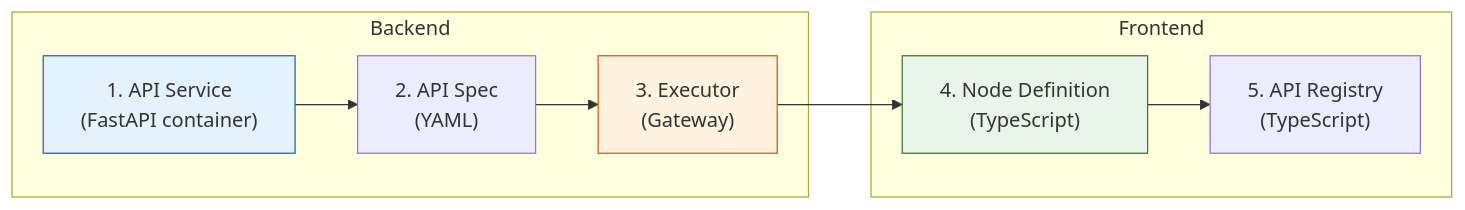
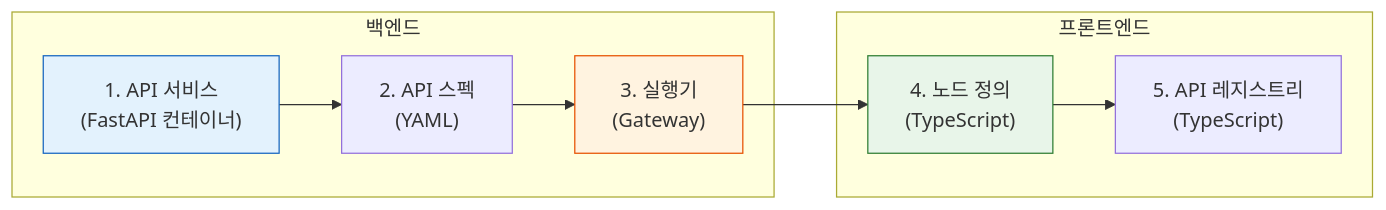
Before and after one commit to uprootai/AX_OCR: the diagram in docs-site/docs/blueprintflow/custom-api.md, drawn with Mermaid. The commit also changed other lines of this file and 64 other files, not shown here.

````diff
--- a/docs-site/docs/blueprintflow/custom-api.md
+++ b/docs-site/docs/blueprintflow/custom-api.md
@@ -15,19 +15,19 @@
 ```mermaid
 flowchart LR
-    subgraph Backend
-        API["1. API Service\n(FastAPI container)"]
-        Spec["2. API Spec\n(YAML)"]
-        Exec["3. Executor\n(Gateway)"]
+    subgraph 백엔드
+        API["1. API 서비스\n(FastAPI 컨테이너)"]
+        Spec["2. API 스펙\n(YAML)"]
+        Exec["3. 실행기\n(Gateway)"]
     end
 
-    subgraph Frontend
-        NodeDef["4. Node Definition\n(TypeScript)"]
-        Reg["5. API Registry\n(TypeScript)"]
+    subgraph 프론트엔드
+        NodeDef["4. 노드 정의\n(TypeScript)"]
+        Reg["5. API 레지스트리\n(TypeScript)"]
     end
 
     API --> Spec --> Exec --> NodeDef --> Reg
 
     style API fill:#e3f2fd,stroke:#1565c0
     style Exec fill:#fff3e0,stroke:#e65100
     style NodeDef fill:#e8f5e9,stroke:#2e7d32
 ```
````
